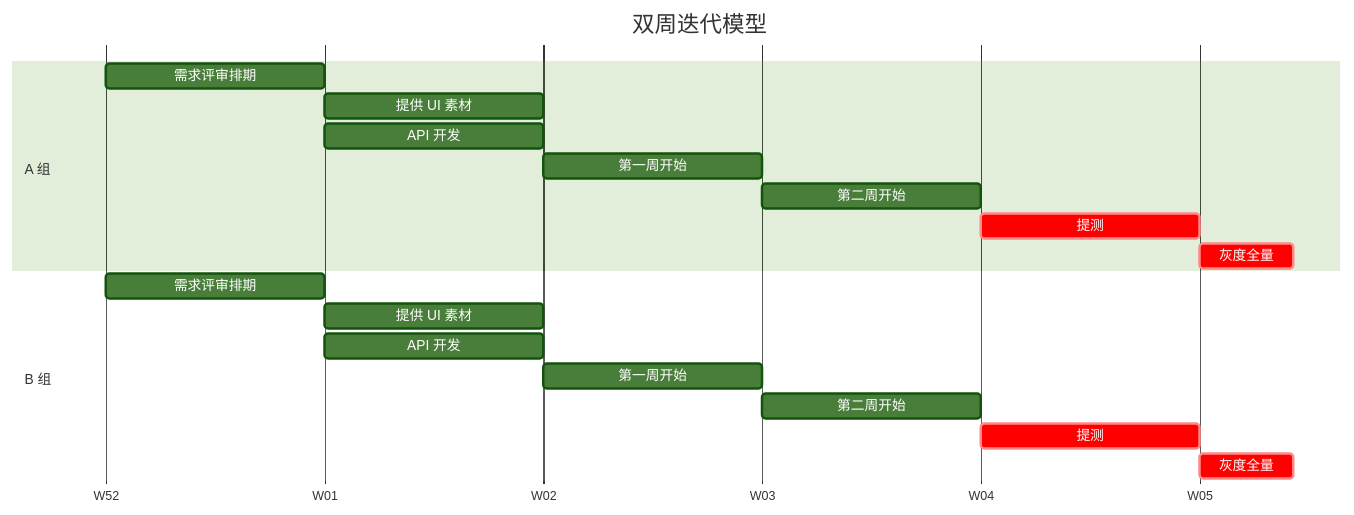
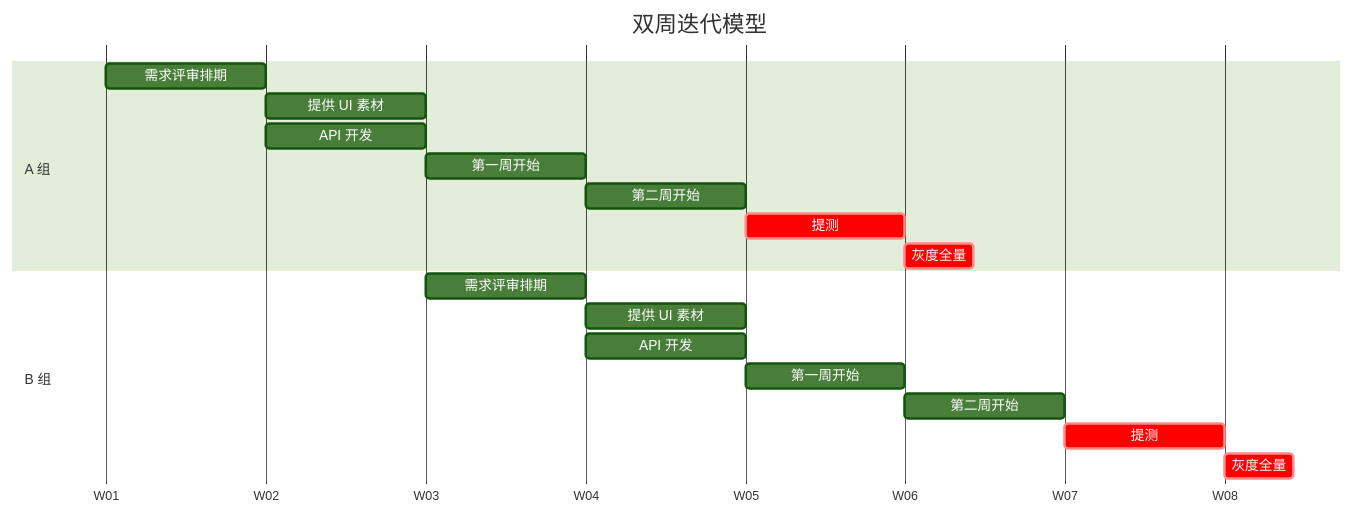
Before and after one commit to phodal/ledge: the diagram in src/assets/docs/casestudies/meituan.md, drawn with Mermaid (forest theme).

Commit message:
fix: fix data issue

````diff
--- a/src/assets/docs/casestudies/meituan.md
+++ b/src/assets/docs/casestudies/meituan.md
@@ -10,24 +10,24 @@
 ```mermaid
 gantt
 	title  双周迭代模型
 	dateFormat YYYY-MM-DD
   axisFormat W%U
 
 	section A 组
-	需求评审排期  :a1, 2019-12-29, 7d
+	需求评审排期  :a1, 2020-01-05, 7d
 	提供 UI 素材 :a2, after a1 ,7d
 	API 开发    :a3, after a1 , 7d
 	第一周开始   :a4, after a3 , 7d
 	第二周开始   :a5, after a4 , 7d
 	提测        :crit, a6, after a5 , 7d
   灰度全量     :crit, a7, after a6 , 3d
 
 	section B 组
-	需求评审排期  :b1, 2019-12-29, 7d
+	需求评审排期  :b1, 2020-01-19, 7d
 	提供 UI 素材 :b2, after b1 ,7d
 	API 开发    :b3, after b1 , 7d
 	第一周开始   :b4, after b3 , 7d
 	第二周开始   :b5, after b4 , 7d
 	提测        :crit, b6, after b5 , 7d
   灰度全量     :crit, b7, after b6 , 3d
 ```
````
